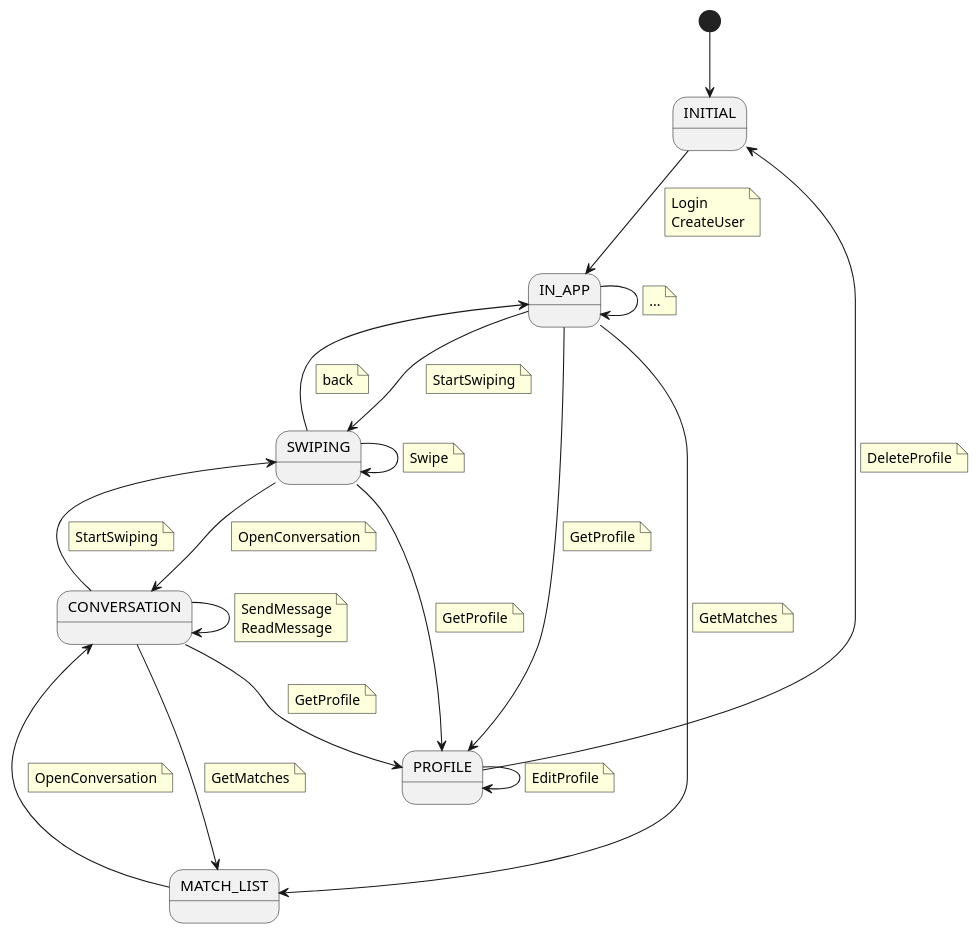
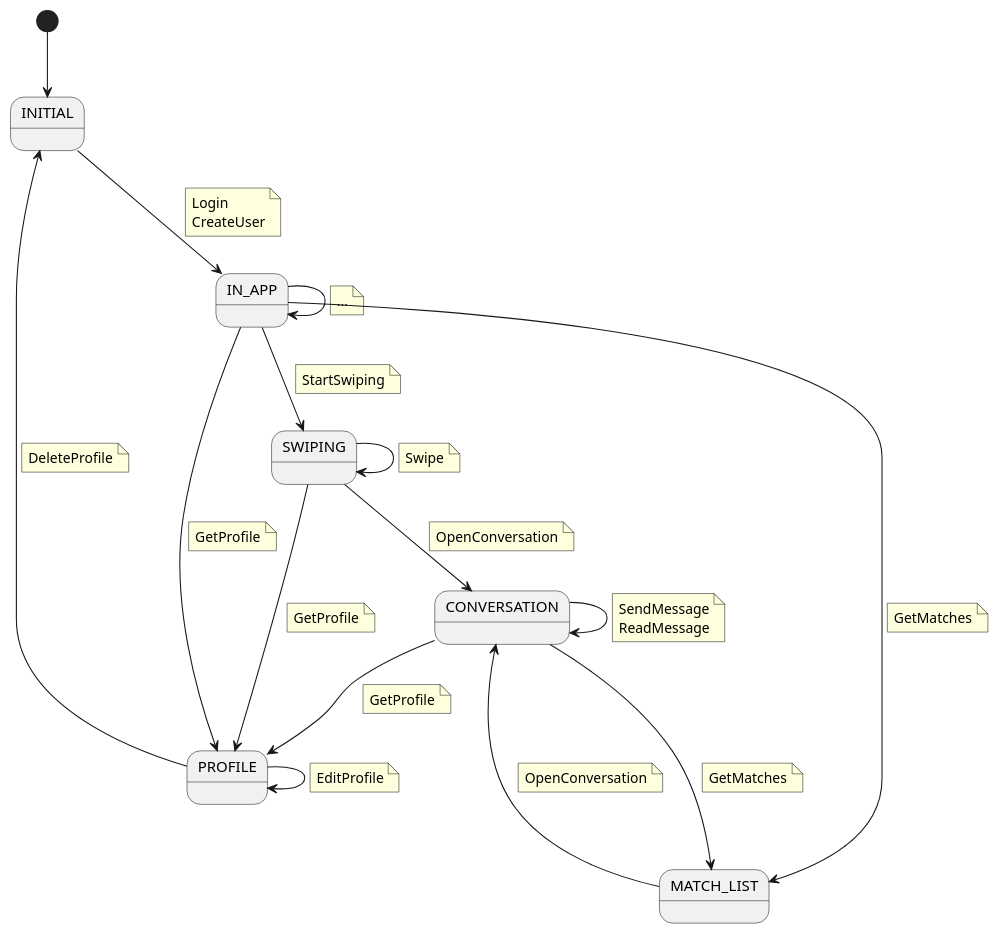
Before and after one commit to fraylopez/tinder: the diagram in docs/src/use-cases/tinder-context.puml, drawn with PlantUML. The commit also changed 2 other files, not shown here.

```diff
--- a/docs/src/use-cases/tinder-context.puml
+++ b/docs/src/use-cases/tinder-context.puml
@@ -1,82 +1,71 @@
 @startuml
 
 state INITIAL
 state SWIPING
 state CONVERSATION
 state PROFILE
 state MATCH_LIST
 
 [*] --> INITIAL
 INITIAL --> IN_APP
 note on link
 Login
 CreateUser
 end note
 IN_APP --> SWIPING
 note on link
 StartSwiping
 endnote
 SWIPING --> SWIPING
 note on link
 Swipe
 endnote
 IN_APP --> IN_APP
 note on link
 ...
 end note
 IN_APP --> MATCH_LIST
 note on link
 GetMatches
 endnote
 MATCH_LIST --> CONVERSATION
 note on link
 OpenConversation
 endnote
 CONVERSATION ---> MATCH_LIST
 note on link
 GetMatches
 endnote
 CONVERSATION --> CONVERSATION
 note on link
 SendMessage
 ReadMessage
 end note
 IN_APP --> PROFILE
 note on link
 GetProfile
 end note
 PROFILE --> PROFILE
 note on link
 EditProfile
 end note
 PROFILE --> INITIAL
 note on link
 DeleteProfile
 end note
 
 CONVERSATION --> PROFILE
 note on link
 GetProfile
 end note
 SWIPING --> PROFILE
 note on link
 GetProfile
 end note
 SWIPING --> CONVERSATION
 note on link
 OpenConversation
 end note
-CONVERSATION --> SWIPING
-note on link
-StartSwiping
-end note
-
-SWIPING --> IN_APP
-note on link
-back
-end note
-
-
 
 
 @enduml
```
